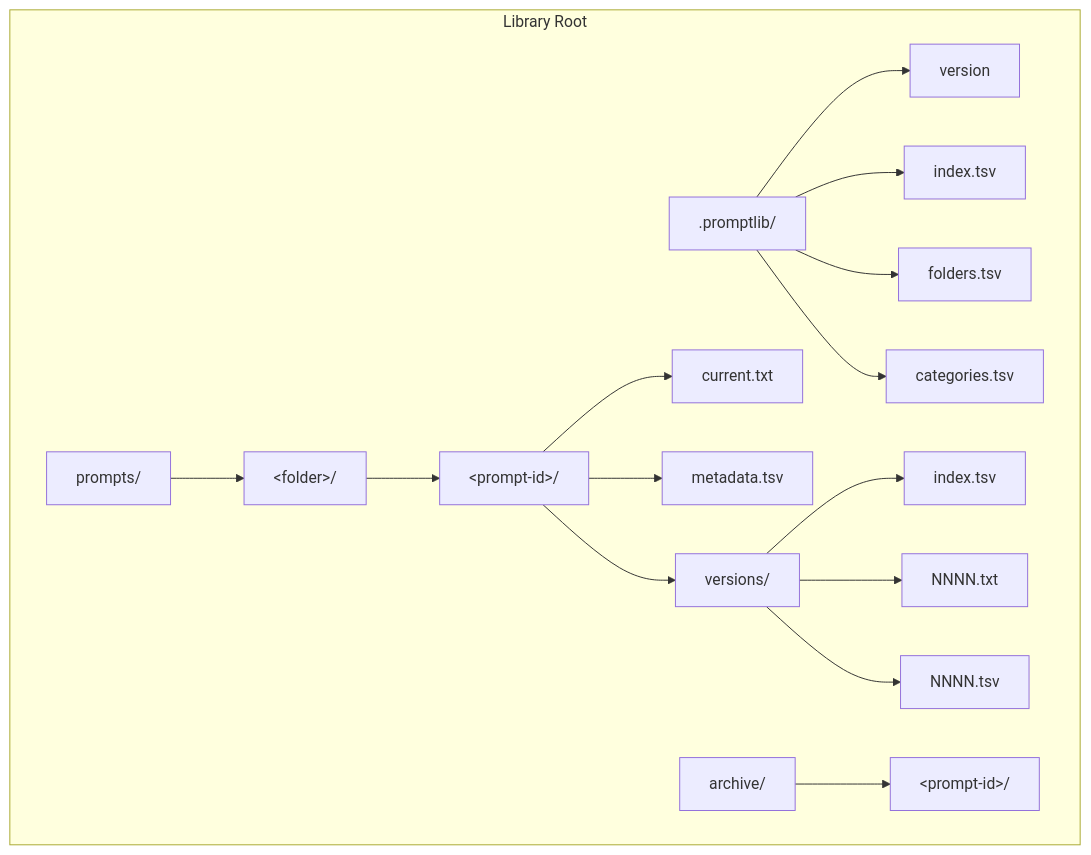
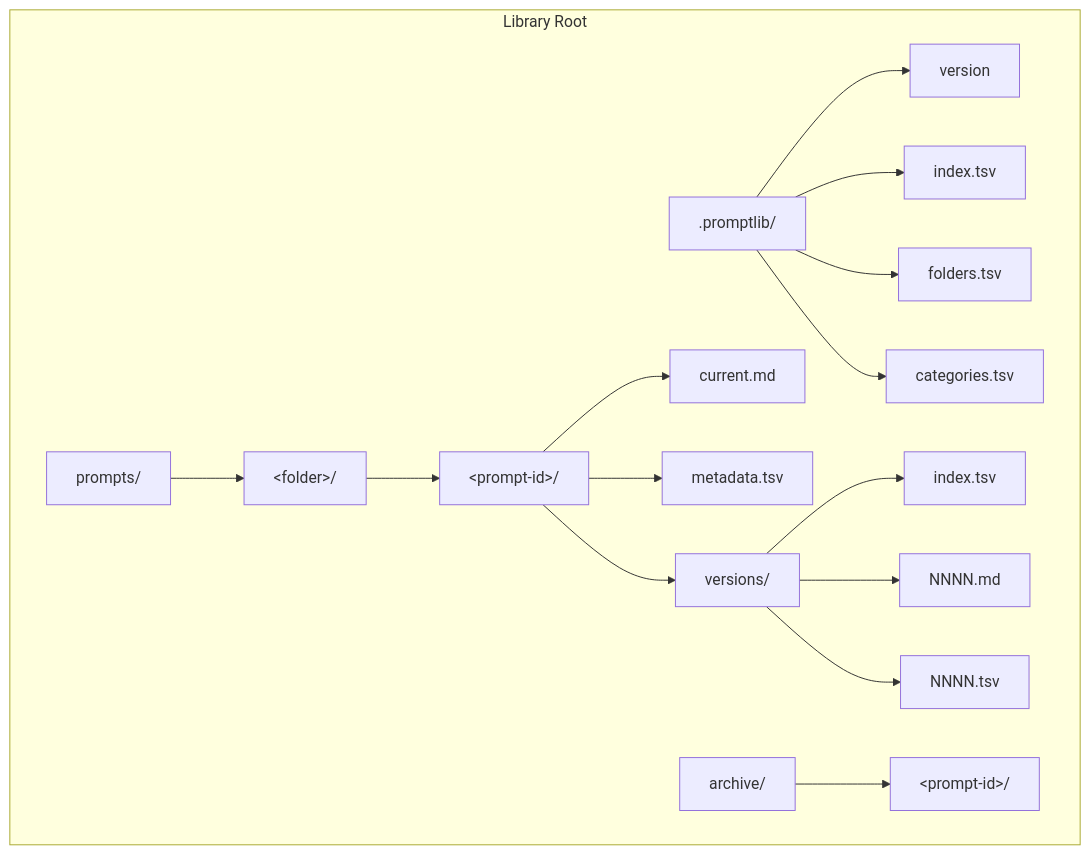
Before and after one commit to wubing7755/PromptEditor: the sixth of 6 diagrams in doc/SRS.md, drawn with Mermaid. The commit also changed other lines of this file and 3 other files, not shown here.

````diff
--- a/doc/SRS.md
+++ b/doc/SRS.md
@@ -1965,11 +1965,11 @@
 ```mermaid
 graph TD
     subgraph "Library Root"
         M[".promptlib/"] --> V["version"] & I["index.tsv"] & F["folders.tsv"] & C["categories.tsv"]
         P["prompts/"] --> FD["&lt;folder&gt;/"]
         FD --> PR["&lt;prompt-id&gt;/"]
-        PR --> CT["current.txt"] & MT["metadata.tsv"] & VD["versions/"]
-        VD --> VI["index.tsv"] & VB["NNNN.txt"] & VM["NNNN.tsv"]
+        PR --> CT["current.md"] & MT["metadata.tsv"] & VD["versions/"]
+        VD --> VI["index.tsv"] & VB["NNNN.md"] & VM["NNNN.tsv"]
         A["archive/"] --> AP["&lt;prompt-id&gt;/"]
     end
 ```
````
